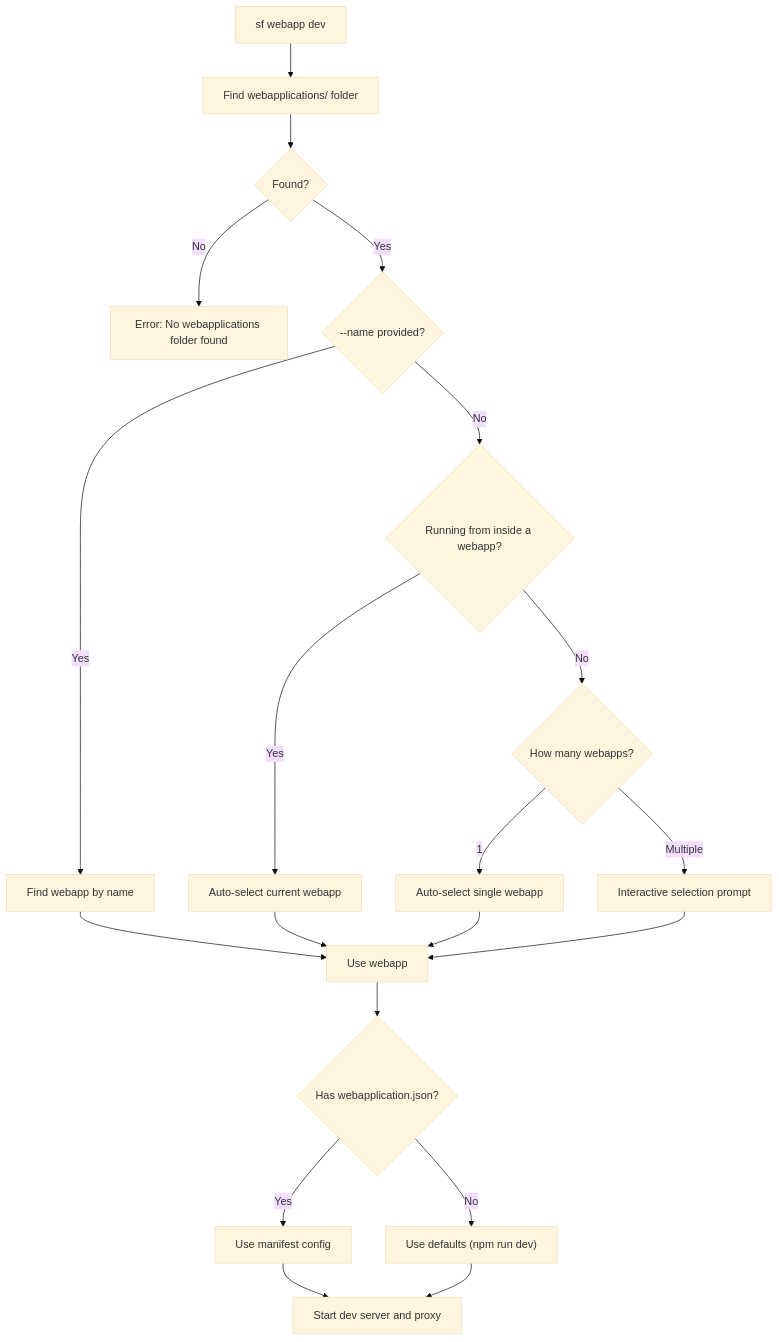
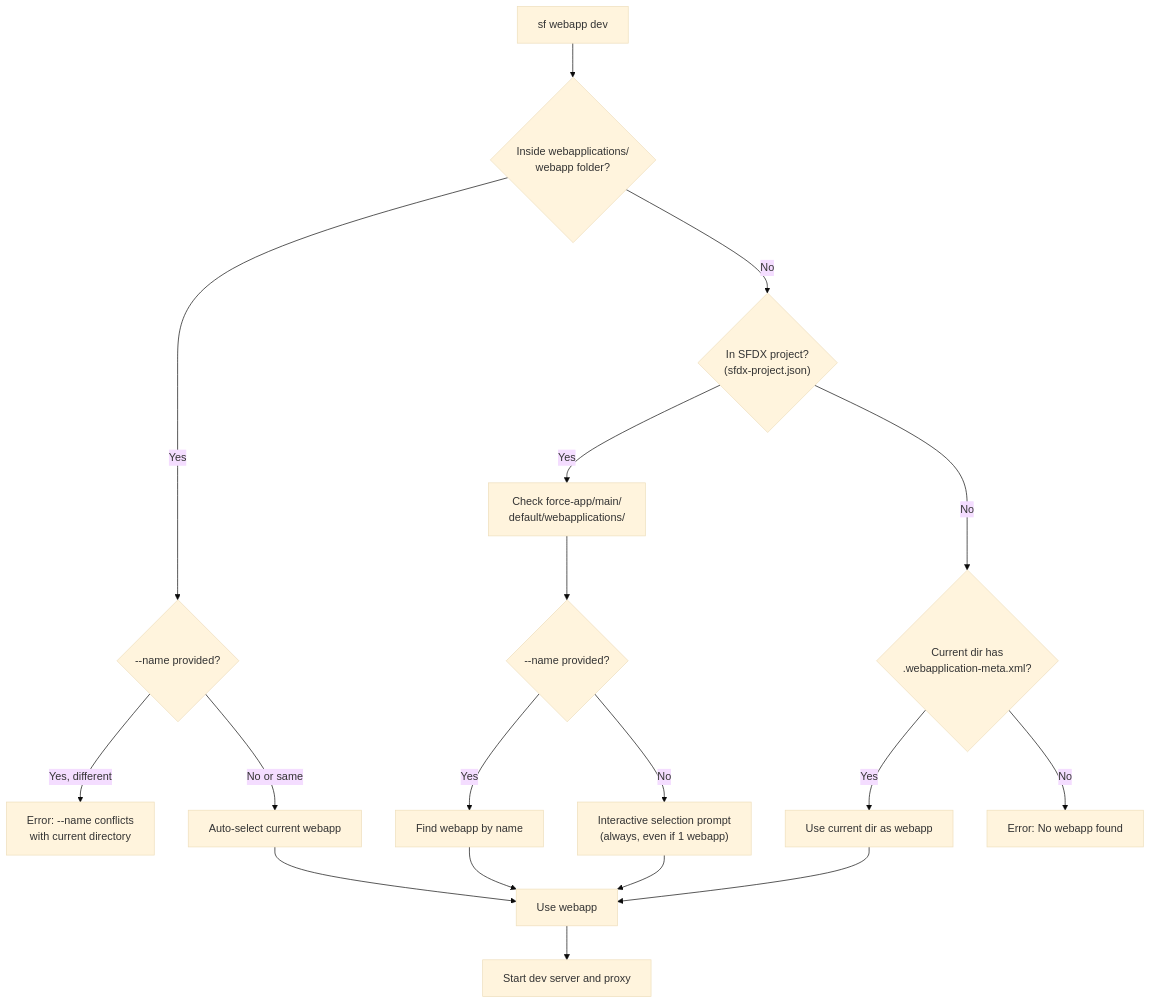
Before and after one commit to salesforcecli/plugin-ui-bundle-dev: the diagram in SF_WEBAPP_DEV_GUIDE.md, drawn with Mermaid (base theme). The commit also changed other lines of this file and 7 other files, not shown here.

First line of the commit message:
refactor(dev): improve webapp discovery and console output @W-21193297@

````diff
--- a/SF_WEBAPP_DEV_GUIDE.md
+++ b/SF_WEBAPP_DEV_GUIDE.md
@@ -102,28 +106,27 @@
 ```mermaid
 flowchart TD
-    Start["sf webapp dev"] --> FindFolder["Find webapplications/ folder"]
-    FindFolder --> Found{"Found?"}
-    Found -->|No| ErrorNone["Error: No webapplications folder found"]
-    Found -->|Yes| HasName{"--name provided?"}
+    Start["sf webapp dev"] --> CheckInside{"Inside webapplications/<br/>webapp folder?"}
+
+    CheckInside -->|Yes| HasNameInside{"--name provided?"}
+    HasNameInside -->|Yes, different| ErrorConflict["Error: --name conflicts<br/>with current directory"]
+    HasNameInside -->|No or same| AutoSelect["Auto-select current webapp"]
+
+    CheckInside -->|No| CheckSFDX{"In SFDX project?<br/>(sfdx-project.json)"}
+
+    CheckSFDX -->|Yes| CheckPath["Check force-app/main/<br/>default/webapplications/"]
+    CheckPath --> HasName{"--name provided?"}
+
+    CheckSFDX -->|No| CheckMetaXml{"Current dir has<br/>.webapplication-meta.xml?"}
+    CheckMetaXml -->|Yes| UseStandalone["Use current dir as webapp"]
+    CheckMetaXml -->|No| ErrorNone["Error: No webapp found"]
 
     HasName -->|Yes| SearchByName["Find webapp by name"]
-    HasName -->|No| InsideWebapp{"Running from inside a webapp?"}
-
-    InsideWebapp -->|Yes| AutoSelect["Auto-select current webapp"]
-    InsideWebapp -->|No| Count{"How many webapps?"}
-
-    Count -->|1| AutoSelectSingle["Auto-select single webapp"]
-    Count -->|Multiple| Prompt["Interactive selection prompt"]
+    HasName -->|No| Prompt["Interactive selection prompt<br/>(always, even if 1 webapp)"]
 
     SearchByName --> UseWebapp["Use webapp"]
     AutoSelect --> UseWebapp
-    AutoSelectSingle --> UseWebapp
+    UseStandalone --> UseWebapp
     Prompt --> UseWebapp
 
-    UseWebapp --> HasManifest{"Has webapplication.json?"}
-    HasManifest -->|Yes| UseManifest["Use manifest config"]
-    HasManifest -->|No| UseDefaults["Use defaults (npm run dev)"]
-
-    UseManifest --> StartDev["Start dev server and proxy"]
-    UseDefaults --> StartDev
+    UseWebapp --> StartDev["Start dev server and proxy"]
 ```
````
